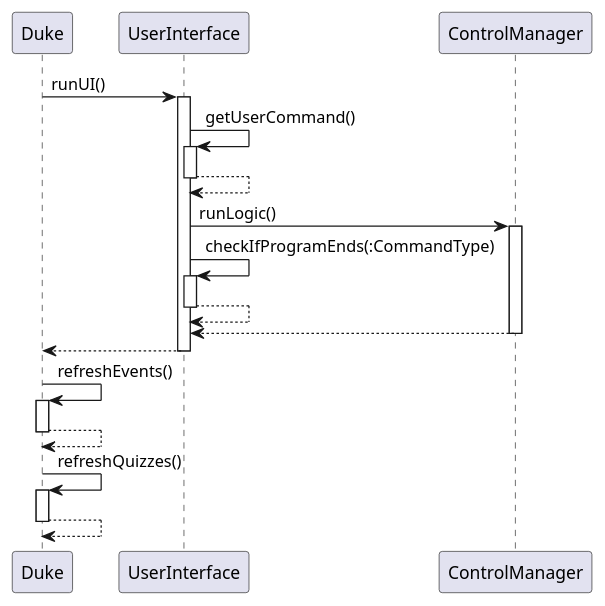
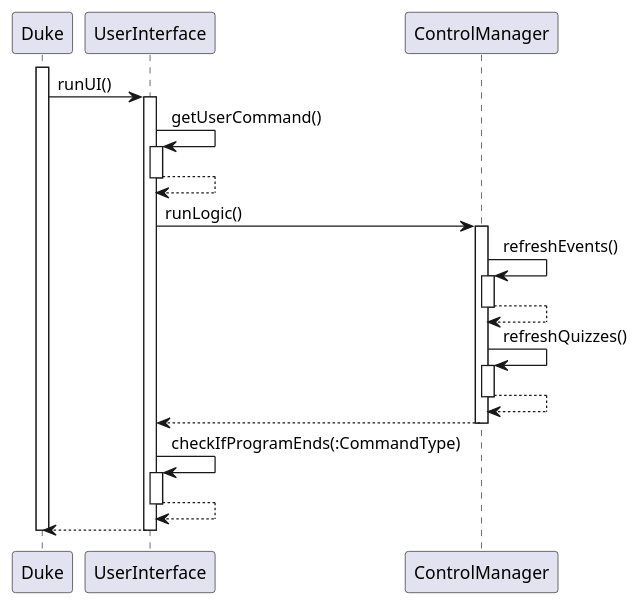
The diagram in docs/design/StorageSequence.puml (untitle4/tp), drawn with PlantUML before and after one commit.

```diff
--- a/docs/design/StorageSequence.puml
+++ b/docs/design/StorageSequence.puml
@@ -1,28 +1,31 @@
 @startuml
 
+activate Duke
 Duke -> UserInterface : runUI()
 activate UserInterface
 UserInterface -> UserInterface : getUserCommand()
 activate UserInterface
 UserInterface --> UserInterface
 deactivate UserInterface
 UserInterface -> ControlManager : runLogic()
 activate ControlManager
+ControlManager -> ControlManager : refreshEvents()
+activate ControlManager
+ControlManager --> ControlManager
+deactivate ControlManager
+ControlManager -> ControlManager : refreshQuizzes()
+activate ControlManager
+ControlManager --> ControlManager
+deactivate ControlManager
+ControlManager --> UserInterface
+deactivate ControlManager
 UserInterface -> UserInterface : checkIfProgramEnds(:CommandType)
 activate UserInterface
 UserInterface --> UserInterface
 deactivate UserInterface
-ControlManager --> UserInterface
 deactivate ControlManager
 UserInterface --> Duke
 deactivate UserInterface
-Duke -> Duke : refreshEvents()
-activate Duke
-Duke --> Duke
-deactivate Duke
-Duke -> Duke : refreshQuizzes()
-activate Duke
-Duke --> Duke
 deactivate Duke
 
 @enduml
```
